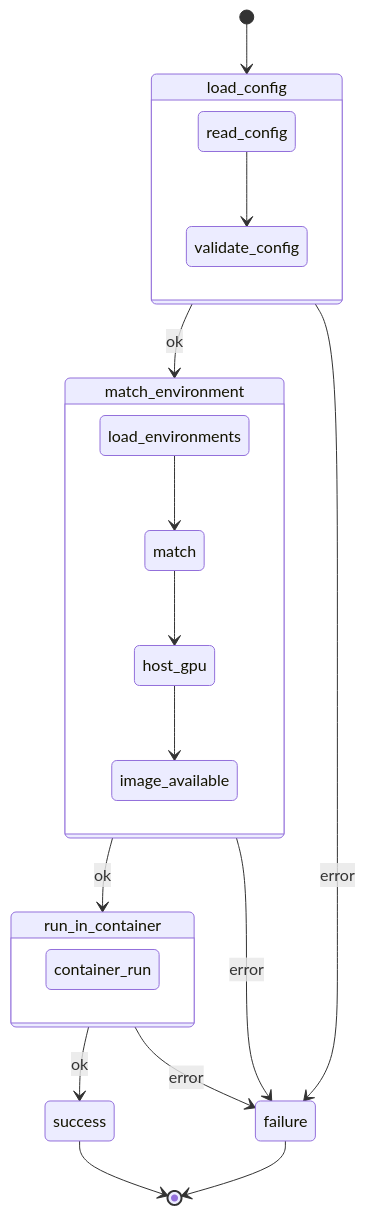
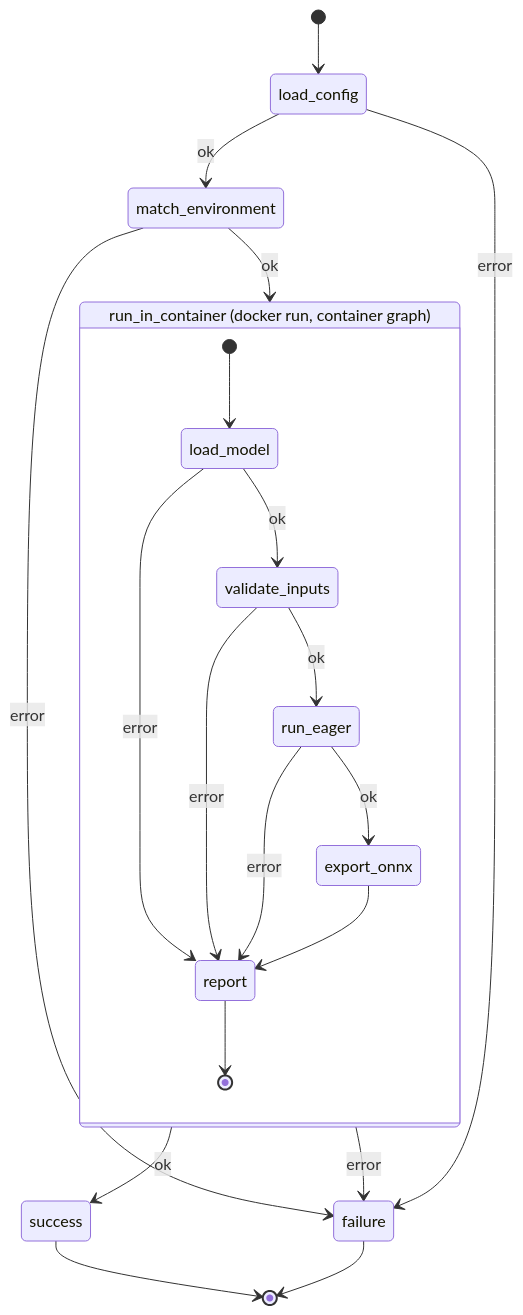
One commit to reza-rahimi-yasp/kronos-edge-v2 changed the diagram in architecture.md. Above: the diagram before and after it, drawn with Mermaid. The commit also changed other lines of this file and 1 other file, not shown here.

First line of the commit message:
Reduce architecture.md to the data flow and AGENTS.md to decisions

````diff
--- a/architecture.md
+++ b/architecture.md
@@ -19,24 +10,24 @@
 ```mermaid
 stateDiagram-v2
     [*] --> load_config
     load_config --> match_environment : ok
     load_config --> failure : error
     match_environment --> run_in_container : ok
     match_environment --> failure : error
     run_in_container --> success : ok
     run_in_container --> failure : error
     success --> [*]
     failure --> [*]
 
-    state load_config {
-        read_config --> validate_config
-    }
-    state match_environment {
-        load_environments --> match
-        match --> host_gpu
-        host_gpu --> image_available
-    }
-    state run_in_container {
-        container_run
+    state "run_in_container (docker run, container graph)" as run_in_container {
+        [*] --> load_model
+        load_model --> validate_inputs : ok
+        load_model --> report : error
+        validate_inputs --> run_eager : ok
+        validate_inputs --> report : error
+        run_eager --> export_onnx : ok
+        run_eager --> report : error
+        export_onnx --> report
+        report --> [*]
     }
 ```
````
